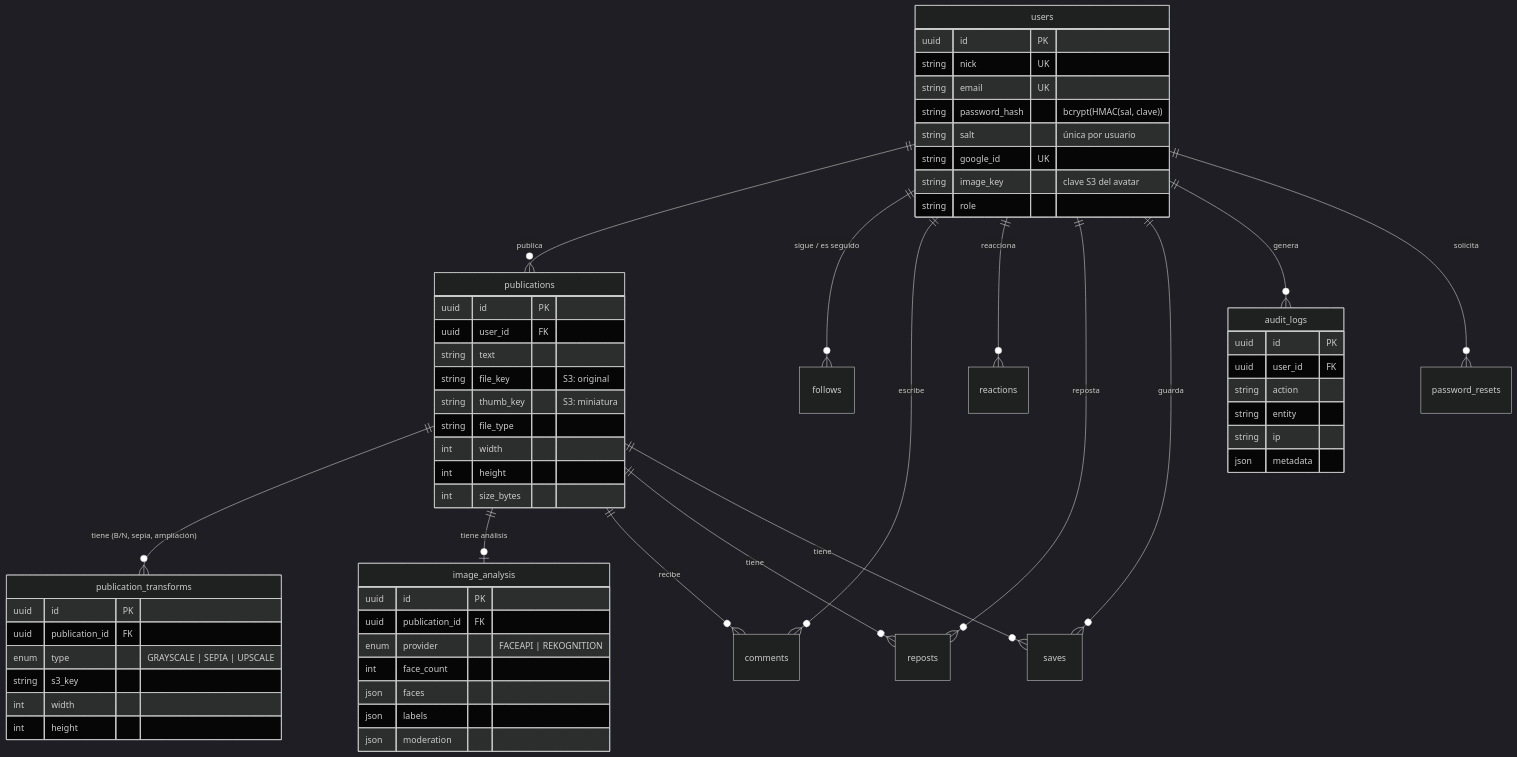
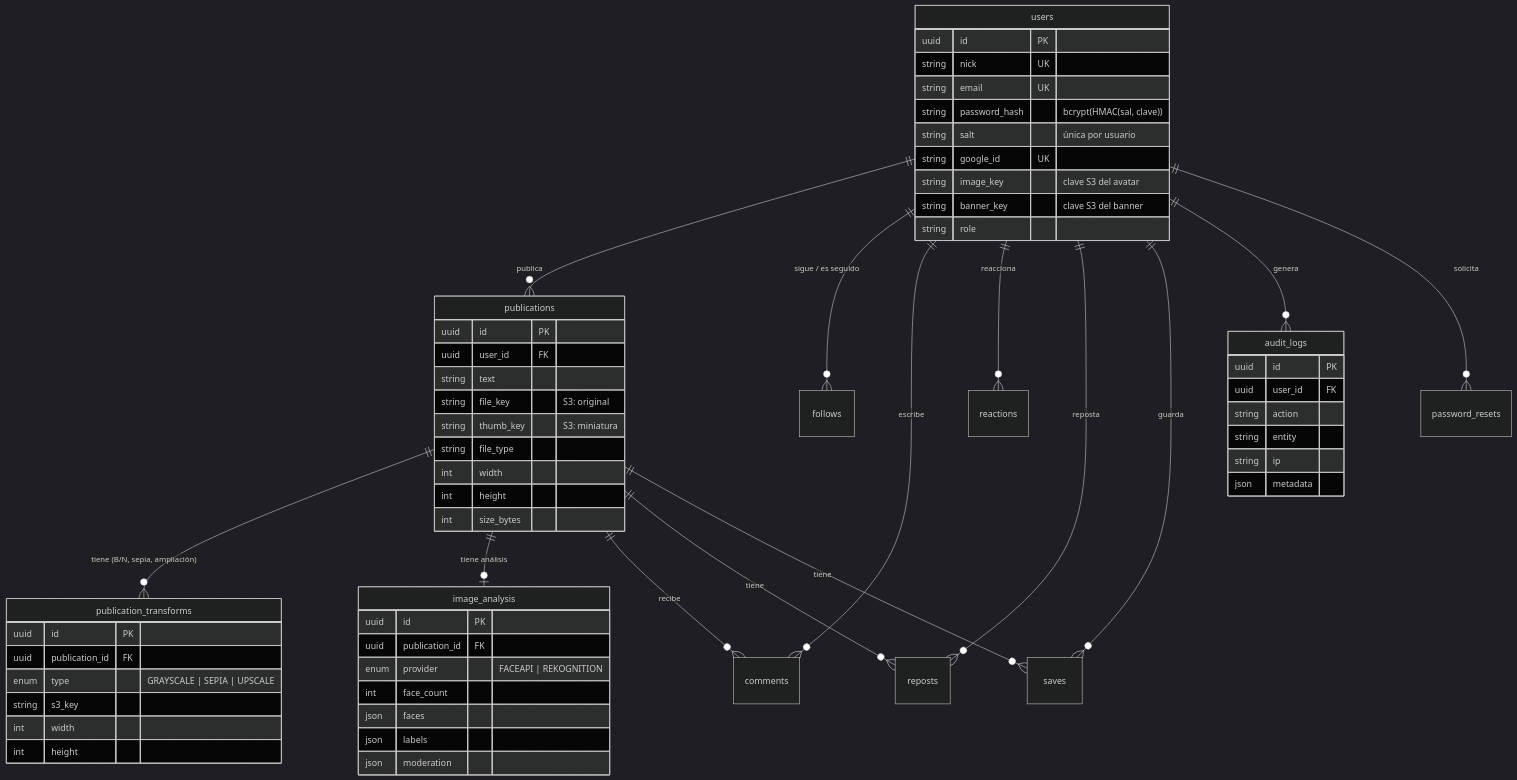
Before and after one commit to StephanieTz/red_social: the diagram in docs/entregables/documentacion_desarrollador.md, drawn with Mermaid (dark theme). The commit also changed other lines of this file and 53 other files, not shown here.

````diff
--- a/docs/entregables/documentacion_desarrollador.md
+++ b/docs/entregables/documentacion_desarrollador.md
@@ -7,53 +7,54 @@
 ```mermaid
 erDiagram
   users ||--o{ publications : publica
   users ||--o{ follows : "sigue / es seguido"
   users ||--o{ comments : escribe
   users ||--o{ reactions : reacciona
   users ||--o{ reposts : reposta
   users ||--o{ saves : guarda
   users ||--o{ audit_logs : genera
   users ||--o{ password_resets : solicita
   publications ||--o{ publication_transforms : "tiene (B/N, sepia, ampliación)"
   publications ||--o| image_analysis : "tiene análisis"
   publications ||--o{ comments : recibe
   publications ||--o{ reposts : tiene
   publications ||--o{ saves : tiene
 
   users { uuid id PK
     string nick UK
     string email UK
     string password_hash "bcrypt(HMAC(sal, clave))"
     string salt "única por usuario"
     string google_id UK
     string image_key "clave S3 del avatar"
+    string banner_key "clave S3 del banner"
     string role }
   publications { uuid id PK
     uuid user_id FK
     string text
     string file_key "S3: original"
     string thumb_key "S3: miniatura"
     string file_type
     int width
     int height
     int size_bytes }
   publication_transforms { uuid id PK
     uuid publication_id FK
     enum type "GRAYSCALE | SEPIA | UPSCALE"
     string s3_key
     int width
     int height }
   image_analysis { uuid id PK
     uuid publication_id FK
     enum provider "FACEAPI | REKOGNITION"
     int face_count
     json faces
     json labels
     json moderation }
   audit_logs { uuid id PK
     uuid user_id FK
     string action
     string entity
     string ip
     json metadata }
 ```
````
